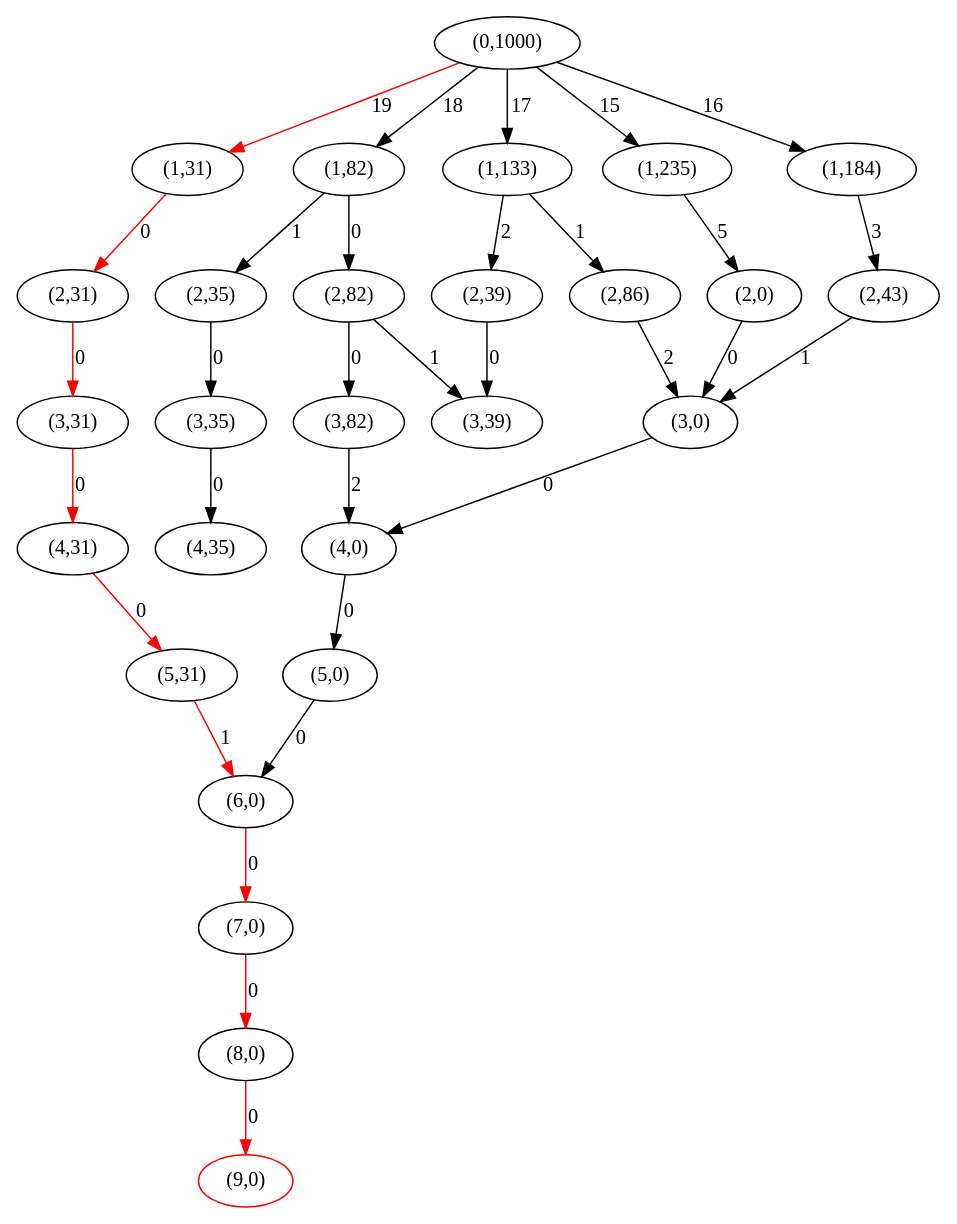
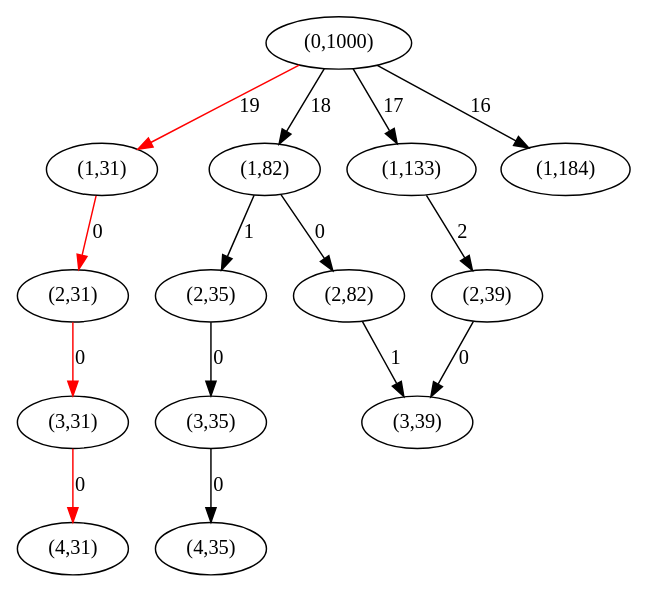
One commit to migueltoro/ada_v2_18 changed the diagram in java/EjemplosAlgoritmos/ficheros/multiconjuntosPDRGraph.gv. Above: the diagram before and after it, drawn with Graphviz. The commit also changed 70 other files, not shown here.

```diff
--- a/java/EjemplosAlgoritmos/ficheros/multiconjuntosPDRGraph.gv
+++ b/java/EjemplosAlgoritmos/ficheros/multiconjuntosPDRGraph.gv
@@ -1,60 +1,30 @@
 strict digraph G {
-  1 [ label="(8,0)" ];
-  2 [ color="red" label="(9,0)" ];
-  3 [ label="(7,0)" ];
-  4 [ label="(6,0)" ];
-  5 [ label="(5,31)" ];
-  6 [ label="(4,31)" ];
-  7 [ label="(3,31)" ];
-  8 [ label="(2,31)" ];
-  9 [ label="(1,31)" ];
-  10 [ label="(0,1000)" ];
-  11 [ label="(3,35)" ];
-  12 [ label="(4,35)" ];
-  13 [ label="(2,35)" ];
-  14 [ label="(1,82)" ];
-  15 [ label="(2,82)" ];
-  16 [ label="(3,39)" ];
-  17 [ label="(5,0)" ];
-  18 [ label="(4,0)" ];
-  19 [ label="(3,82)" ];
-  20 [ label="(2,39)" ];
-  21 [ label="(1,133)" ];
-  22 [ label="(3,0)" ];
-  23 [ label="(2,86)" ];
-  24 [ label="(2,43)" ];
-  25 [ label="(1,184)" ];
-  26 [ label="(2,0)" ];
-  27 [ label="(1,235)" ];
+  1 [ label="(3,31)" ];
+  2 [ label="(4,31)" ];
+  3 [ label="(2,31)" ];
+  4 [ label="(1,31)" ];
+  5 [ label="(0,1000)" ];
+  6 [ label="(3,35)" ];
+  7 [ label="(4,35)" ];
+  8 [ label="(2,35)" ];
+  9 [ label="(1,82)" ];
+  10 [ label="(2,82)" ];
+  11 [ label="(3,39)" ];
+  12 [ label="(2,39)" ];
+  13 [ label="(1,133)" ];
+  14 [ label="(1,184)" ];
   1 -> 2 [ color="red" label="0" ];
   3 -> 1 [ color="red" label="0" ];
   4 -> 3 [ color="red" label="0" ];
-  5 -> 4 [ color="red" label="1" ];
-  6 -> 5 [ color="red" label="0" ];
-  7 -> 6 [ color="red" label="0" ];
-  8 -> 7 [ color="red" label="0" ];
-  9 -> 8 [ color="red" label="0" ];
-  10 -> 9 [ color="red" label="19" ];
-  11 -> 12 [ label="0" ];
-  13 -> 11 [ label="0" ];
-  14 -> 13 [ label="1" ];
-  15 -> 16 [ label="1" ];
-  17 -> 4 [ label="0" ];
-  18 -> 17 [ label="0" ];
-  19 -> 18 [ label="2" ];
-  15 -> 19 [ label="0" ];
-  14 -> 15 [ label="0" ];
-  10 -> 14 [ label="18" ];
-  20 -> 16 [ label="0" ];
-  21 -> 20 [ label="2" ];
-  22 -> 18 [ label="0" ];
-  23 -> 22 [ label="2" ];
-  21 -> 23 [ label="1" ];
-  10 -> 21 [ label="17" ];
-  24 -> 22 [ label="1" ];
-  25 -> 24 [ label="3" ];
-  10 -> 25 [ label="16" ];
-  26 -> 22 [ label="0" ];
-  27 -> 26 [ label="5" ];
-  10 -> 27 [ label="15" ];
+  5 -> 4 [ color="red" label="19" ];
+  6 -> 7 [ label="0" ];
+  8 -> 6 [ label="0" ];
+  9 -> 8 [ label="1" ];
+  10 -> 11 [ label="1" ];
+  9 -> 10 [ label="0" ];
+  5 -> 9 [ label="18" ];
+  12 -> 11 [ label="0" ];
+  13 -> 12 [ label="2" ];
+  5 -> 13 [ label="17" ];
+  5 -> 14 [ label="16" ];
 }
```
